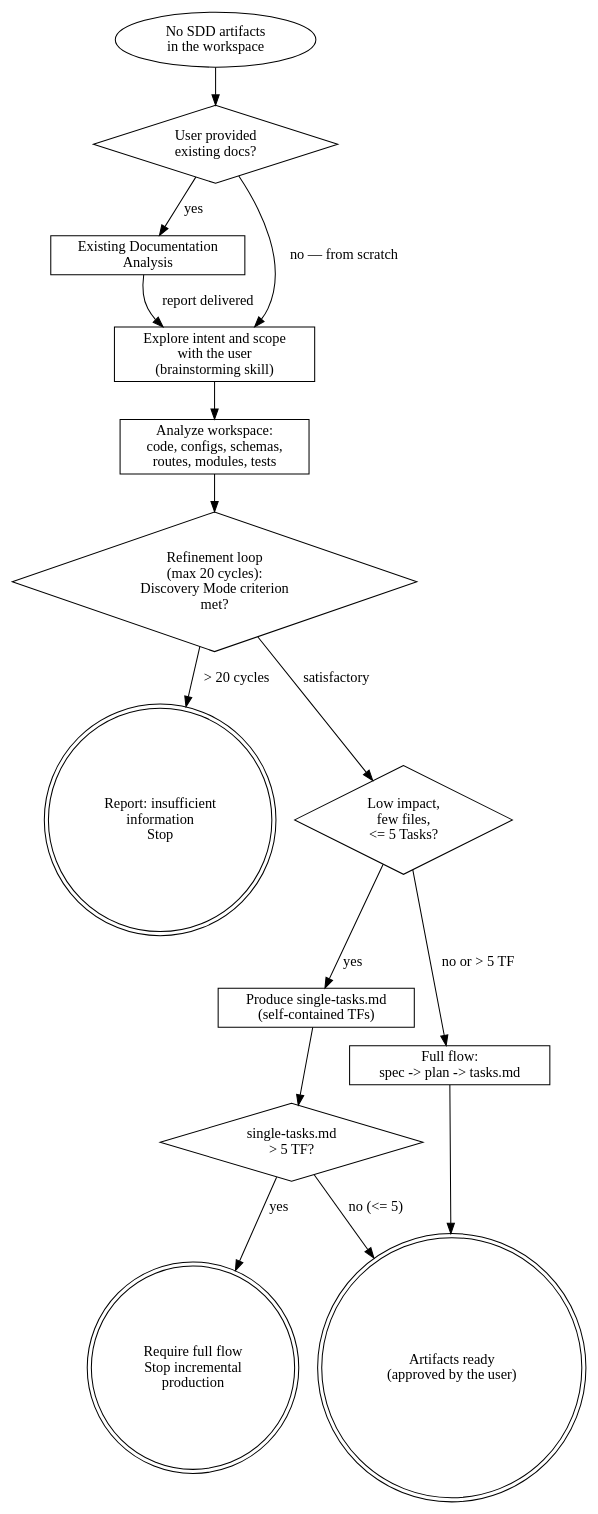
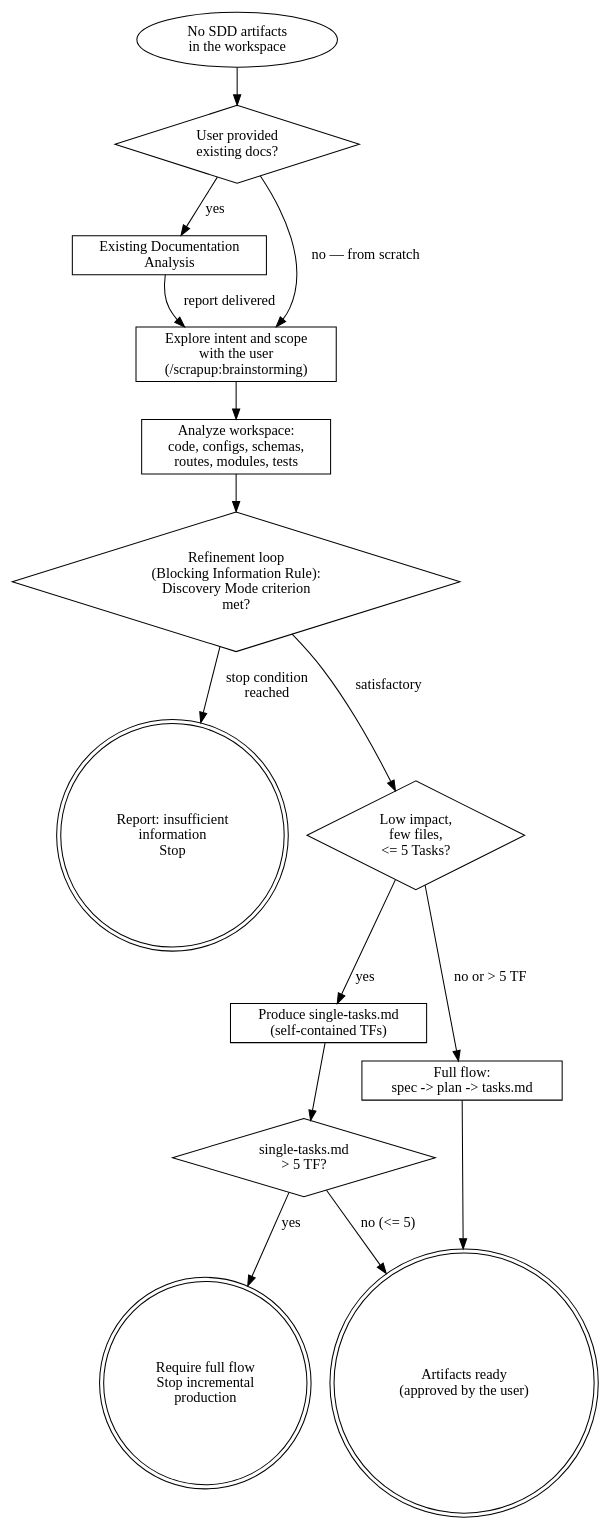
One commit to scrapup/scrapup changed the second of 4 diagrams in skills/blueprint/SKILL.md. Above: the diagram before and after it, drawn with Graphviz. The commit also changed other lines of this file and 63 other files, not shown here.

````diff
--- a/skills/blueprint/SKILL.md
+++ b/skills/blueprint/SKILL.md
@@ -90,35 +104,35 @@
 ```dot
 digraph sdd_production {
     rankdir=TB;
     node [shape=box];
 
     start [label="No SDD artifacts\nin the workspace" shape=ellipse];
     docs_exist [label="User provided\nexisting docs?" shape=diamond];
     analyze_docs [label="Existing Documentation\nAnalysis"];
-    brainstorm [label="Explore intent and scope\nwith the user\n(brainstorming skill)"];
+    brainstorm [label="Explore intent and scope\nwith the user\n(/scrapup:brainstorming)"];
     analyze [label="Analyze workspace:\ncode, configs, schemas,\nroutes, modules, tests"];
-    refine [label="Refinement loop\n(max 20 cycles):\nDiscovery Mode criterion\nmet?" shape=diamond];
+    refine [label="Refinement loop\n(Blocking Information Rule):\nDiscovery Mode criterion\nmet?" shape=diamond];
     timeout [label="Report: insufficient\ninformation\nStop" shape=doublecircle];
     triage [label="Low impact,\nfew files,\n<= 5 Tasks?" shape=diamond];
     incremental [label="Produce single-tasks.md\n(self-contained TFs)"];
     full [label="Full flow:\nspec -> plan -> tasks.md"];
     gate [label="single-tasks.md\n> 5 TF?" shape=diamond];
     redirect [label="Require full flow\nStop incremental\nproduction" shape=doublecircle];
     done [label="Artifacts ready\n(approved by the user)" shape=doublecircle];
 
     start -> docs_exist;
     docs_exist -> analyze_docs [label="yes"];
     docs_exist -> brainstorm [label="no — from scratch"];
     analyze_docs -> brainstorm [label="report delivered"];
     brainstorm -> analyze;
     analyze -> refine;
     refine -> triage [label="satisfactory"];
-    refine -> timeout [label="> 20 cycles"];
+    refine -> timeout [label="stop condition\nreached"];
     triage -> incremental [label="yes"];
     triage -> full [label="no or > 5 TF"];
     incremental -> gate;
     gate -> redirect [label="yes"];
     gate -> done [label="no (<= 5)"];
     full -> done;
 }
 ```
````
